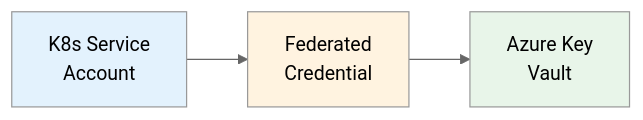
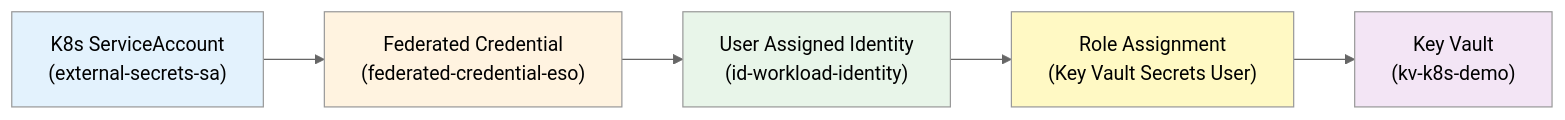
Before and after one commit to bocopile/mac-k8s-multipass-terraform: the fifth of 6 diagrams in document/azure/ARCHITECTURE.md, drawn with Mermaid (neutral theme). The commit also changed other lines of this file and 3 other files, not shown here.

````diff
--- a/document/azure/ARCHITECTURE.md
+++ b/document/azure/ARCHITECTURE.md
@@ -320,12 +352,16 @@
 ```mermaid
 flowchart LR
-    SA["K8s Service<br/>Account"]
-    FC["Federated<br/>Credential"]
-    KV["Azure Key<br/>Vault"]
+    SA["K8s ServiceAccount<br/>(external-secrets-sa)"]
+    FC["Federated Credential<br/>(federated-credential-eso)"]
+    WI["User Assigned Identity<br/>(id-workload-identity)"]
+    RA["Role Assignment<br/>(Key Vault Secrets User)"]
+    KV["Key Vault<br/>(kv-k8s-demo)"]
 
-    SA --> FC --> KV
+    SA --> FC --> WI --> RA --> KV
 
     style SA fill:#e3f2fd
     style FC fill:#fff3e0
-    style KV fill:#e8f5e9
+    style WI fill:#e8f5e9
+    style RA fill:#fff9c4
+    style KV fill:#f3e5f5
 ```
````
